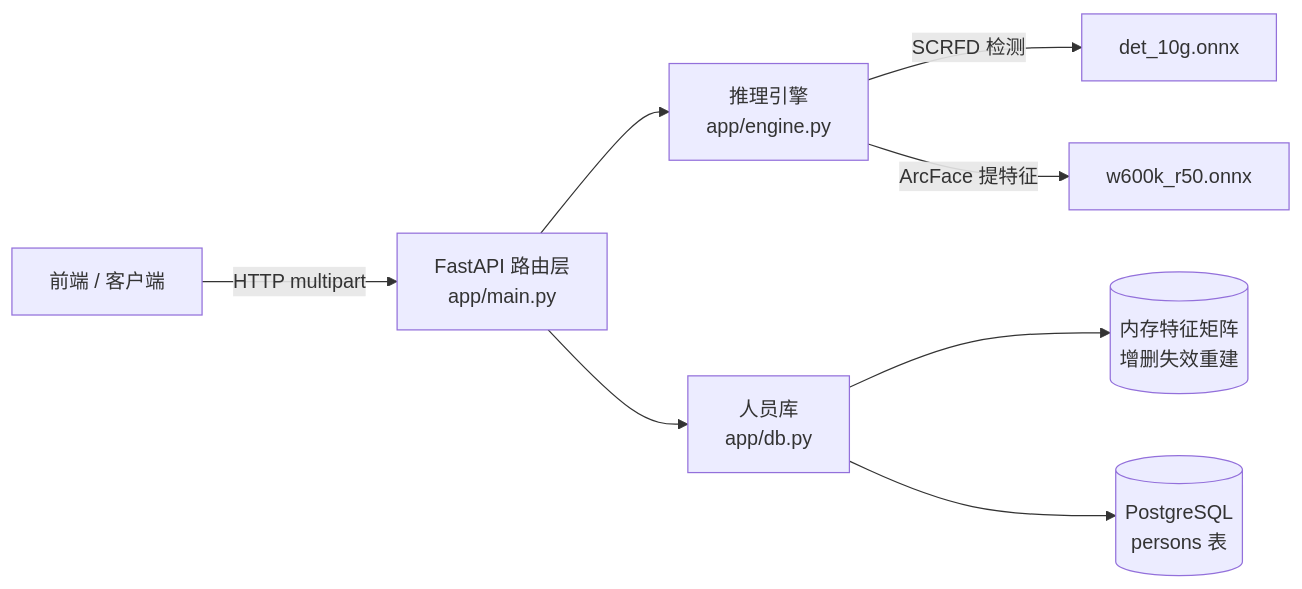
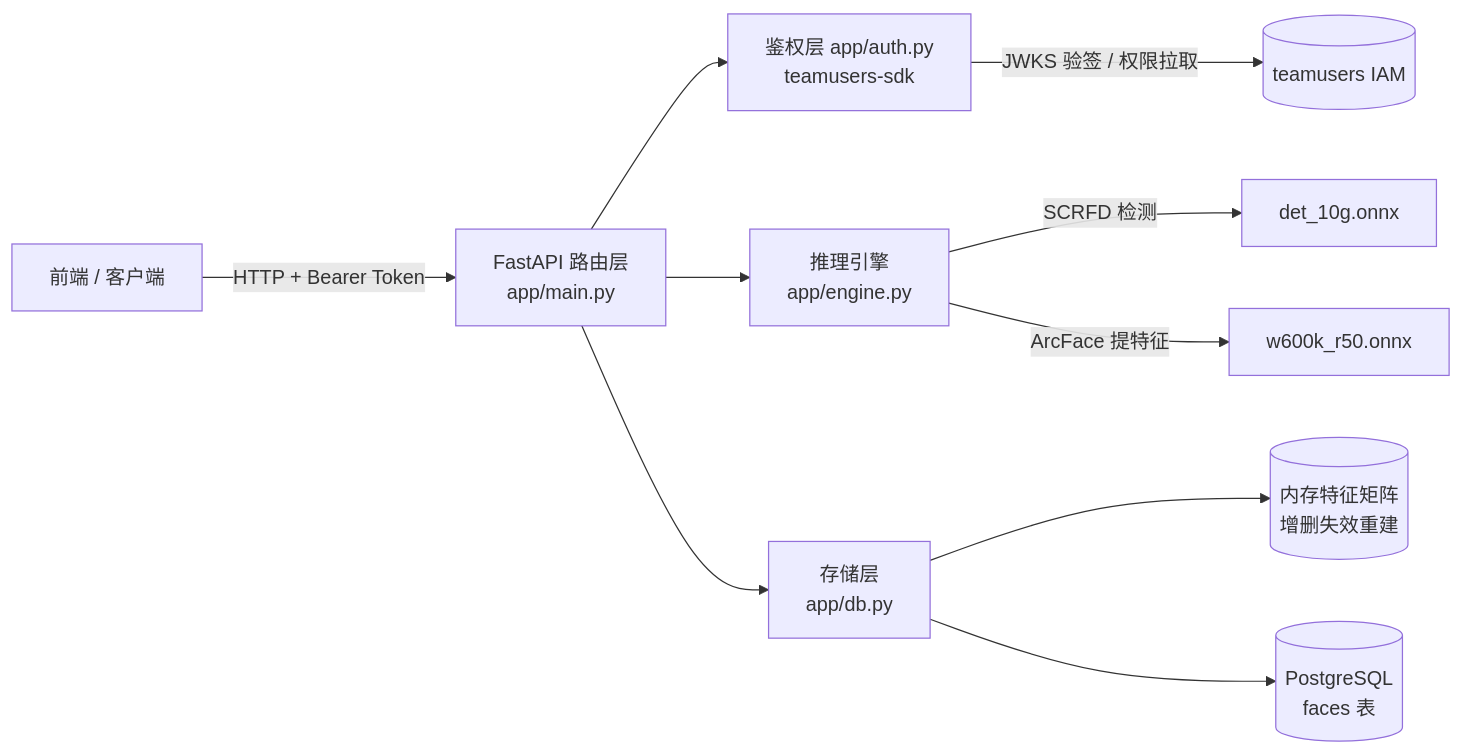
Before and after one commit to crazy4chicken/face-backend: the diagram in docs/项目介绍.md, drawn with Mermaid. The commit also changed other lines of this file and 14 other files, not shown here.

First line of the commit message:
feat!: 鉴权迁移至 teamusers-sdk，人员库仅保留 user_id

````diff
--- a/docs/项目介绍.md
+++ b/docs/项目介绍.md
@@ -30,10 +32,12 @@
 ```mermaid
 flowchart LR
-    Client[前端 / 客户端] -->|HTTP multipart| API[FastAPI 路由层<br/>app/main.py]
+    Client[前端 / 客户端] -->|HTTP + Bearer Token| API[FastAPI 路由层<br/>app/main.py]
+    API --> Auth[鉴权层 app/auth.py<br/>teamusers-sdk]
+    Auth -->|JWKS 验签 / 权限拉取| IAM[(teamusers IAM)]
     API --> Engine[推理引擎<br/>app/engine.py]
-    API --> Store[人员库<br/>app/db.py]
+    API --> Store[存储层<br/>app/db.py]
     Engine -->|SCRFD 检测| Det[det_10g.onnx]
     Engine -->|ArcFace 提特征| Rec[w600k_r50.onnx]
     Store --> Cache[(内存特征矩阵<br/>增删失效重建)]
-    Store --> PG[(PostgreSQL<br/>persons 表)]
+    Store --> PG[(PostgreSQL<br/>faces 表)]
 ```
````
